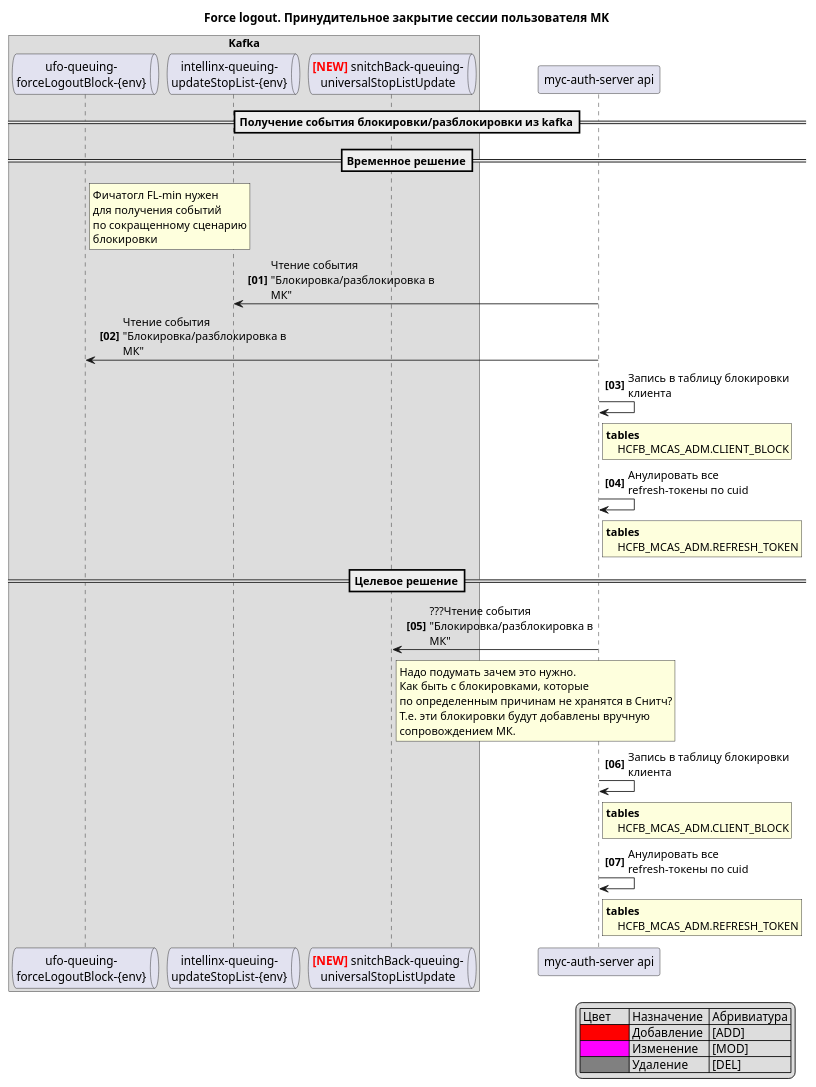
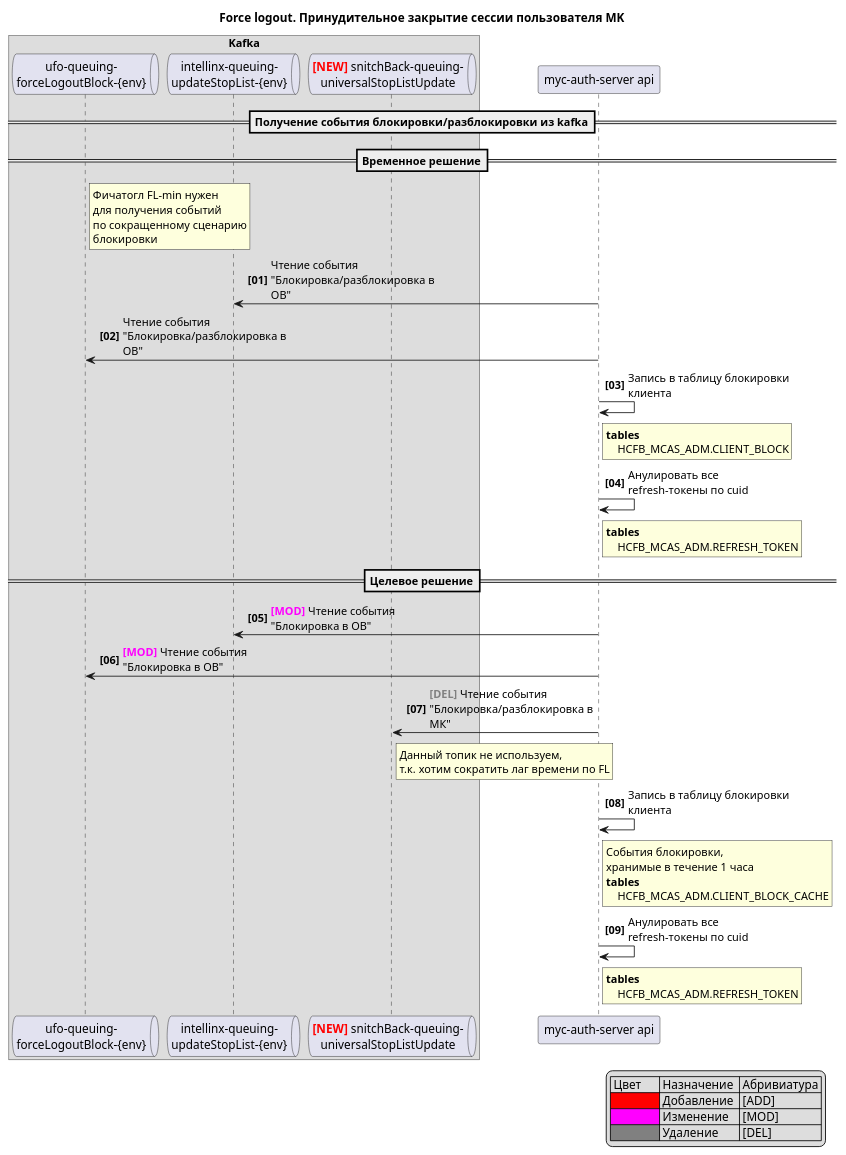
The diagram in docs/OB-18572-FL/files/FL_04.puml (ParHandler/docopsrepo), drawn with PlantUML before and after one commit.

Commit message:
[OB-18572] Правка целевой схемы на стороне OB

```diff
--- a/docs/OB-18572-FL/files/FL_04.puml
+++ b/docs/OB-18572-FL/files/FL_04.puml
@@ -2,79 +2,81 @@
 @startuml
 autonumber "<b>[00]"
 skinparam maxMessageSize 200
 skinparam ParticipantPadding 2
 hide unlinked
 participant "UFO" as UFO
 participant "SmartData" as SmartData
 participant "Intellinx (Antifraud System)" as Intellinx
 box "Kafka"
     queue "ufo-queuing-\nforceLogoutBlock-{env}" as          KafkaUFOBlock
     queue "ufo-queuing-\nforceLogoutUnblock" as        KafkaUFOUnblock
     queue "intellinx-queuing-\nupdateStopList-{env}" as      KafkaIntellinx
     queue "smartdata-events-\nforceLogout" as          KafkaSmartData
     queue "netflix-events-\nforceLogout" as            KafkaNetflix
     queue "snitchOff-queuing-\nblackListChecks" as     KafkaSnitchOff
     queue "<color:red>**[NEW]**</color> snitchBack-queuing-\nuniversalStopListUpdate" as KafkaSnitchBackUniversalStopListUpdate
 end box
 
 participant "MS Checker" as             Checker
 participant "Snitch Back" as            Snitch
 participant "Netflix Conductor" as      Netflix
 participant "SMS-Gate" as               smsgate
 actor "Bank Client" as                  client
 participant "Ocelot Api Gateway" as     ocelot
 participant "myc-auth-server api" as    api
 
 title Force logout. Принудительное закрытие сессии пользователя MK
 
 ==Получение события блокировки/разблокировки из kafka==
 ==Временное решение==
 
 rnote right KafkaUFOBlock
     Фичатогл FL-min нужен
     для получения событий
     по сокращенному сценарию
     блокировки
 end rnote
-api -> KafkaIntellinx: Чтение события "Блокировка/разблокировка в МК"
-api -> KafkaUFOBlock: Чтение события "Блокировка/разблокировка в МК"
+api -> KafkaIntellinx: Чтение события "Блокировка/разблокировка в OB"
+api -> KafkaUFOBlock: Чтение события "Блокировка/разблокировка в OB"
 
 api -> api: Запись в таблицу блокировки клиента
 rnote right api
 **tables**
     HCFB_MCAS_ADM.CLIENT_BLOCK
 end note
 api -> api: Анулировать все refresh-токены по cuid
 rnote right api
 **tables**
     HCFB_MCAS_ADM.REFRESH_TOKEN
 end note   
 
 ==Целевое решение==
-api -> KafkaSnitchBackUniversalStopListUpdate: ???Чтение события "Блокировка/разблокировка в МК"
+api -> KafkaIntellinx: <color:magenta>**[MOD]**</color> Чтение события "Блокировка в OB"
+api -> KafkaUFOBlock: <color:magenta>**[MOD]**</color> Чтение события "Блокировка в OB"
+
+api -> KafkaSnitchBackUniversalStopListUpdate: <color:gray>**[DEL]**</color> Чтение события "Блокировка/разблокировка в МК"
 rnote right KafkaSnitchBackUniversalStopListUpdate
-    Надо подумать зачем это нужно.
-    Как быть с блокировками, которые
-    по определенным причинам не хранятся в Снитч?
-    Т.е. эти блокировки будут добавлены вручную
-    сопровождением МК.    
+    Данный топик не используем,    
+    т.к. хотим сократить лаг времени по FL
 end rnote
 api -> api: Запись в таблицу блокировки клиента
 rnote right api
+События блокировки, 
+хранимые в течение 1 часа
 **tables**
-    HCFB_MCAS_ADM.CLIENT_BLOCK
+    HCFB_MCAS_ADM.CLIENT_BLOCK_CACHE
 end note
 api -> api: Анулировать все refresh-токены по cuid
 rnote right api
 **tables**
     HCFB_MCAS_ADM.REFRESH_TOKEN
 end note   
 
 
 legend right
     | Цвет      | Назначение  | Абривиатура |
     |<#Red>     | Добавление  | [ADD]       |
     |<#magenta> | Изменение   | [MOD]       |
     |<#gray>    | Удаление    | [DEL]       |
 endlegend
 @enduml
```
